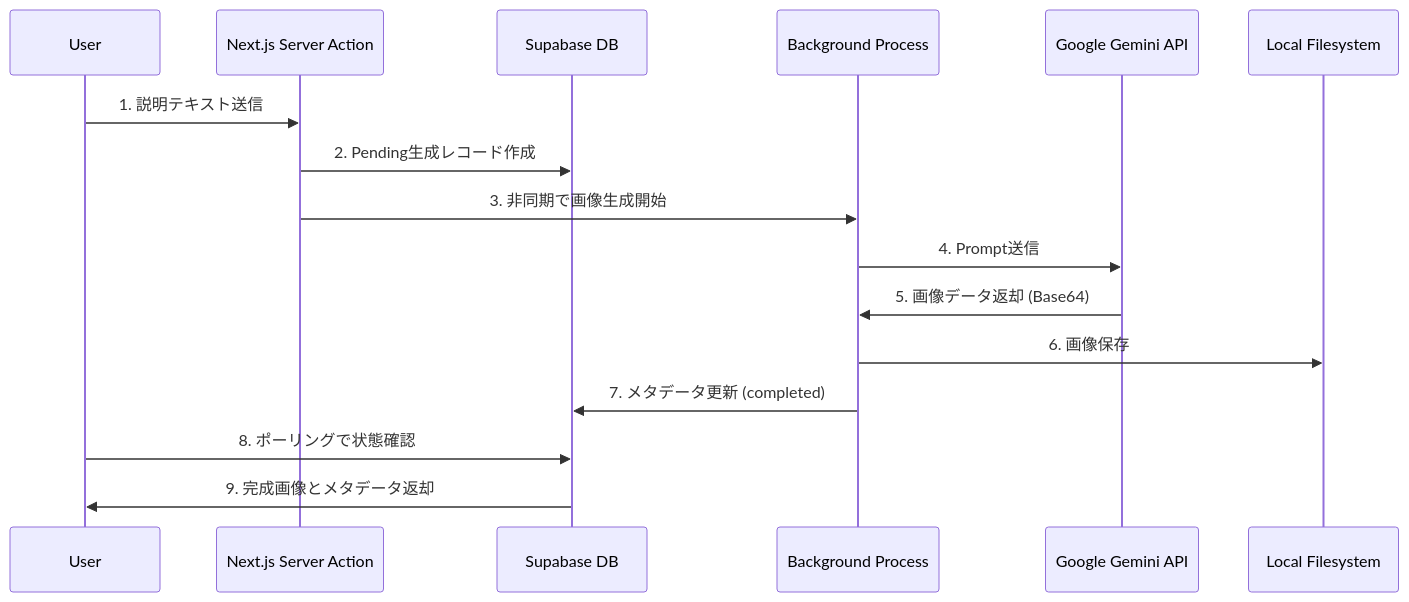
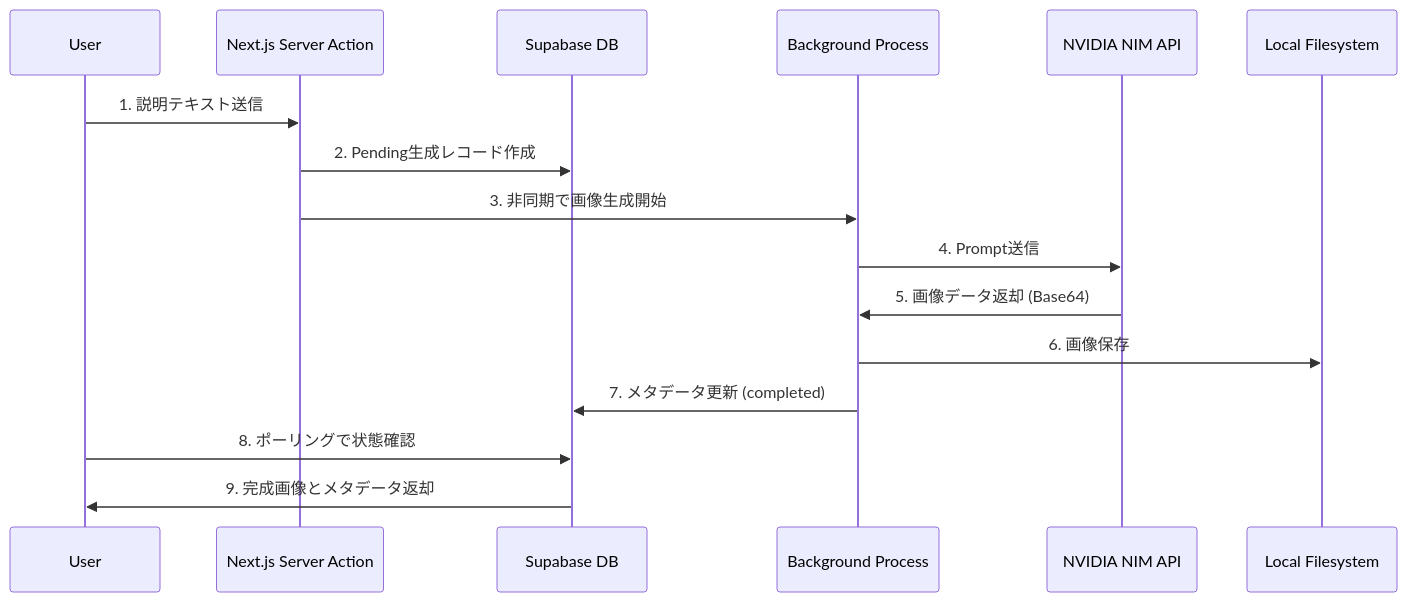
One commit to kwrkb/visual-echo changed the first of 2 diagrams in README.md. Above: the diagram before and after it, drawn with Mermaid. The commit also changed other lines of this file and 26 other files, not shown here.

````diff
--- a/README.md
+++ b/README.md
@@ -46,19 +46,19 @@
 ```mermaid
 sequenceDiagram
     participant User
     participant ServerAction as Next.js Server Action
     participant DB as Supabase DB
     participant Background as Background Process
-    participant Gemini as Google Gemini API
+    participant NIM as NVIDIA NIM API
     participant LocalFS as Local Filesystem
 
     User->>ServerAction: 1. 説明テキスト送信
     ServerAction->>DB: 2. Pending生成レコード作成
     ServerAction->>Background: 3. 非同期で画像生成開始
-    Background->>Gemini: 4. Prompt送信
-    Gemini->>Background: 5. 画像データ返却 (Base64)
+    Background->>NIM: 4. Prompt送信
+    NIM->>Background: 5. 画像データ返却 (Base64)
     Background->>LocalFS: 6. 画像保存
     Background->>DB: 7. メタデータ更新 (completed)
     User->>DB: 8. ポーリングで状態確認
     DB->>User: 9. 完成画像とメタデータ返却
 ```
````
